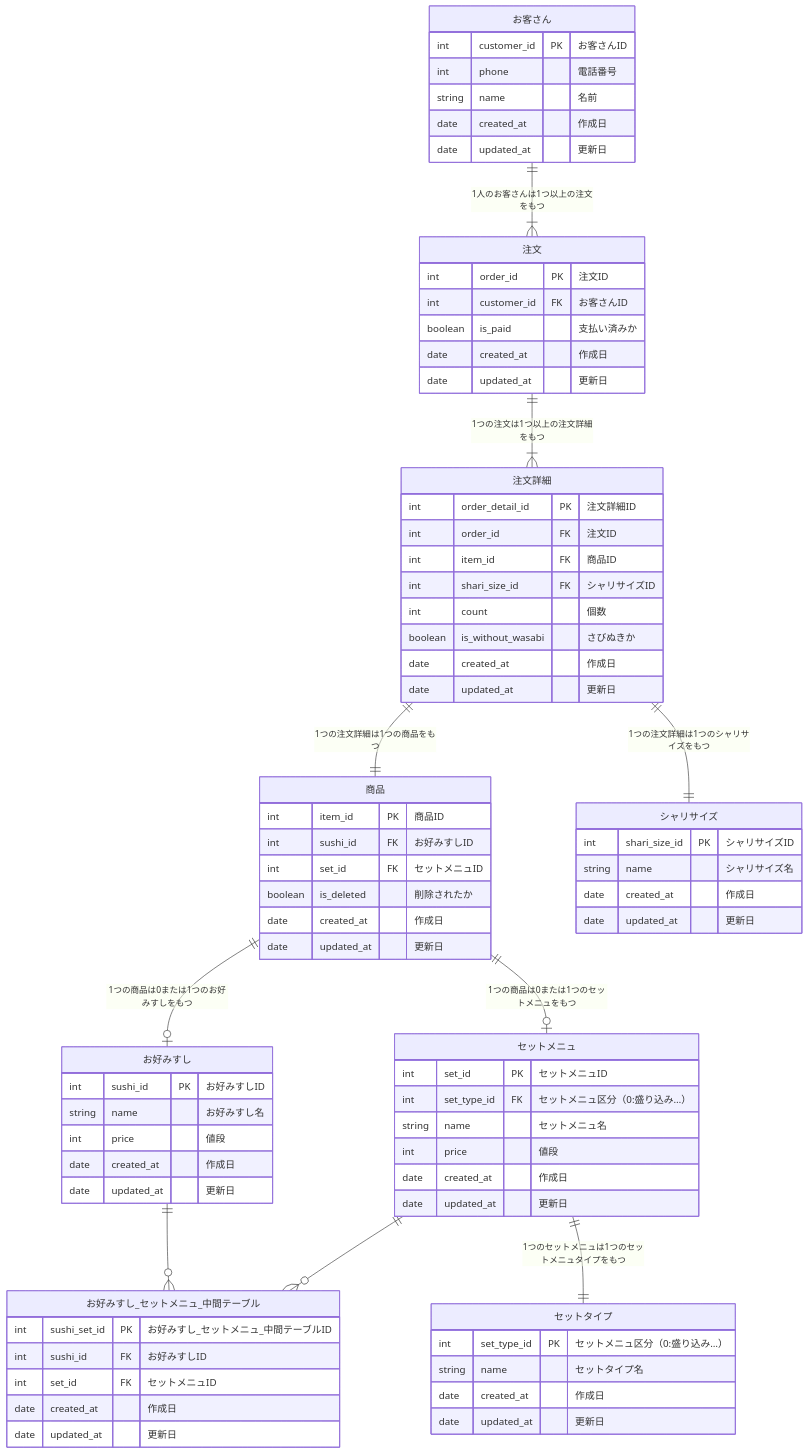
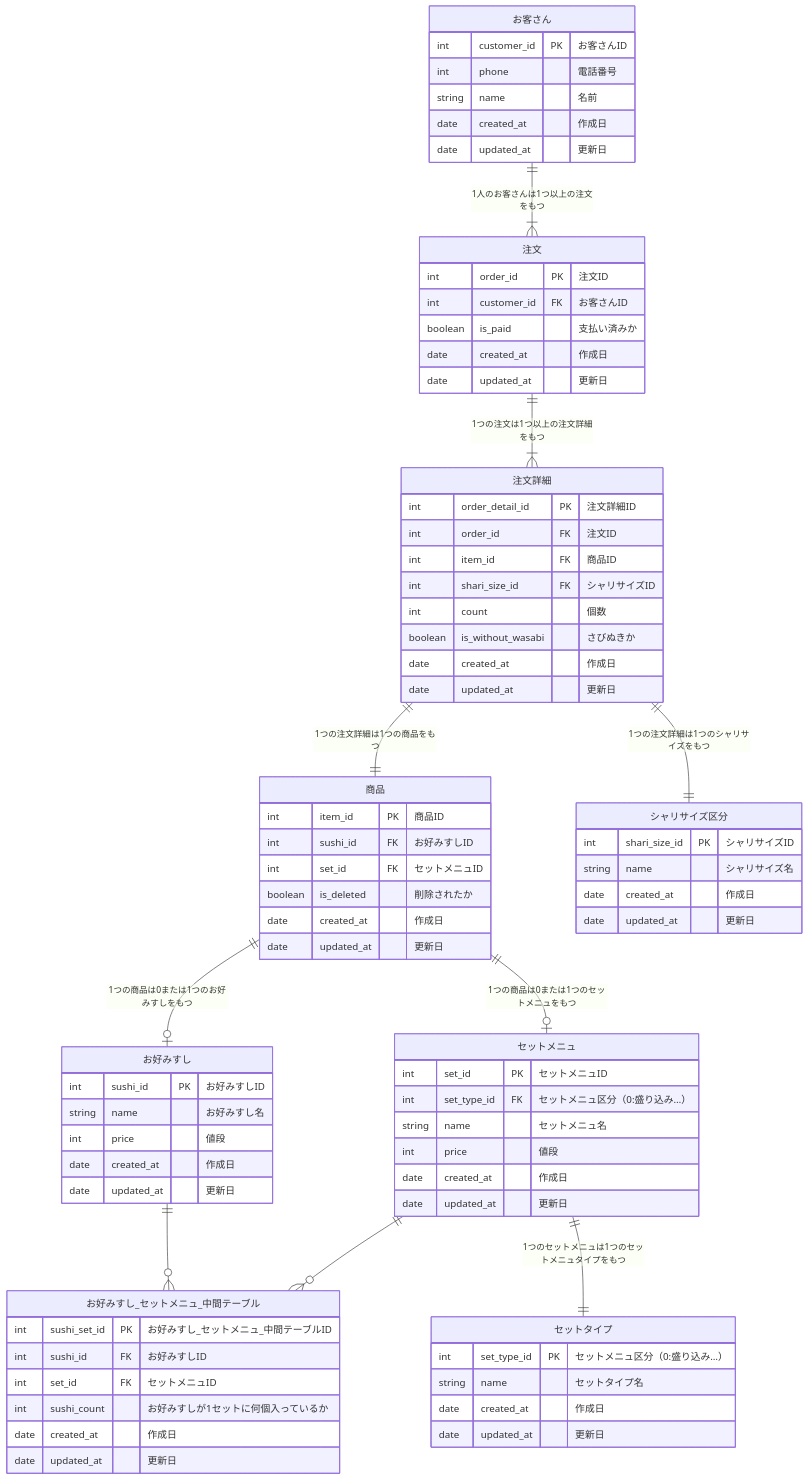
One commit to praha-inc/praha-challenge-7 changed the diagram in F0yWy8HaLlWoST/01_データベース設計/01_DBモデリング1/kadai_02.md. Above: the diagram before and after it, drawn with Mermaid.

Commit message:
fix: 指摘修正

````diff
--- a/F0yWy8HaLlWoST/01_データベース設計/01_DBモデリング1/kadai_02.md
+++ b/F0yWy8HaLlWoST/01_データベース設計/01_DBモデリング1/kadai_02.md
@@ -41,6 +41,7 @@
     int sushi_set_id PK "お好みすし_セットメニュ_中間テーブルID"
     int sushi_id FK "お好みすしID"
     int set_id FK "セットメニュID"
+    int sushi_count "お好みすしが1セットに何個入っているか" 
     date created_at "作成日"
     date updated_at "更新日"
   }
@@ -64,7 +65,7 @@
     date updated_at "更新日"
   }
 
-  "シャリサイズ" {
+  "シャリサイズ区分" {
     int shari_size_id PK "シャリサイズID"
     string name "シャリサイズ名"
     date created_at "作成日"
@@ -85,6 +86,6 @@
   "商品" ||--o| "セットメニュ": "1つの商品は0または1つのセットメニュをもつ"
   "お好みすし" ||--o{ "お好みすし_セットメニュ_中間テーブル": ""
   "セットメニュ" ||--o{ "お好みすし_セットメニュ_中間テーブル": ""
-  "注文詳細" ||--|| "シャリサイズ": "1つの注文詳細は1つのシャリサイズをもつ"
+  "注文詳細" ||--|| "シャリサイズ区分": "1つの注文詳細は1つのシャリサイズをもつ"
   "セットメニュ" ||--|| "セットタイプ": "1つのセットメニュは1つのセットメニュタイプをもつ"
 ```
````
